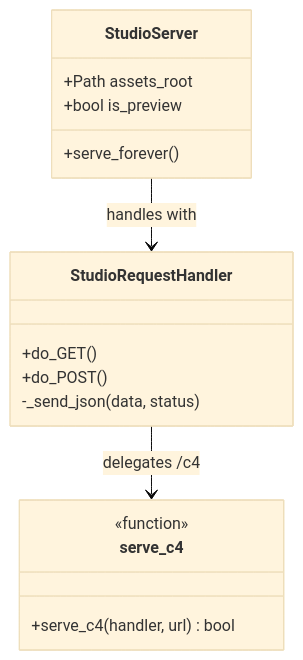
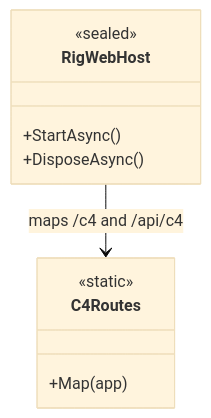
One commit to rtkelly13/rig changed the diagram in experiments/c4-okf/rig/rig/web/request-handler.md. Above: the diagram before and after it, drawn with Mermaid (base theme). The commit also changed other lines of this file and 88 other files, not shown here.

Commit message:
refactor(cli): compress Rig.Cli, Rig.Web, C4 and Runtime comments; drop Python provenance (#284)

````diff
--- a/experiments/c4-okf/rig/rig/web/request-handler.md
+++ b/experiments/c4-okf/rig/rig/web/request-handler.md
@@ -9,20 +9,14 @@
 ```mermaid
 classDiagram
-  class StudioServer {
-    +Path assets_root
-    +bool is_preview
-    +serve_forever()
+  class RigWebHost {
+    <<sealed>>
+    +StartAsync()
+    +DisposeAsync()
   }
-  class StudioRequestHandler {
-    +do_GET()
-    +do_POST()
-    -_send_json(data, status)
+  class C4Routes {
+    <<static>>
+    +Map(app)
   }
-  class serve_c4 {
-    <<function>>
-    +serve_c4(handler, url) bool
-  }
-  StudioServer --> StudioRequestHandler : handles with
-  StudioRequestHandler --> serve_c4 : delegates /c4
-  click serve_c4 href "components.md"
+  RigWebHost --> C4Routes : maps /c4 and /api/c4
+  click C4Routes href "components.md"
 ```
````
